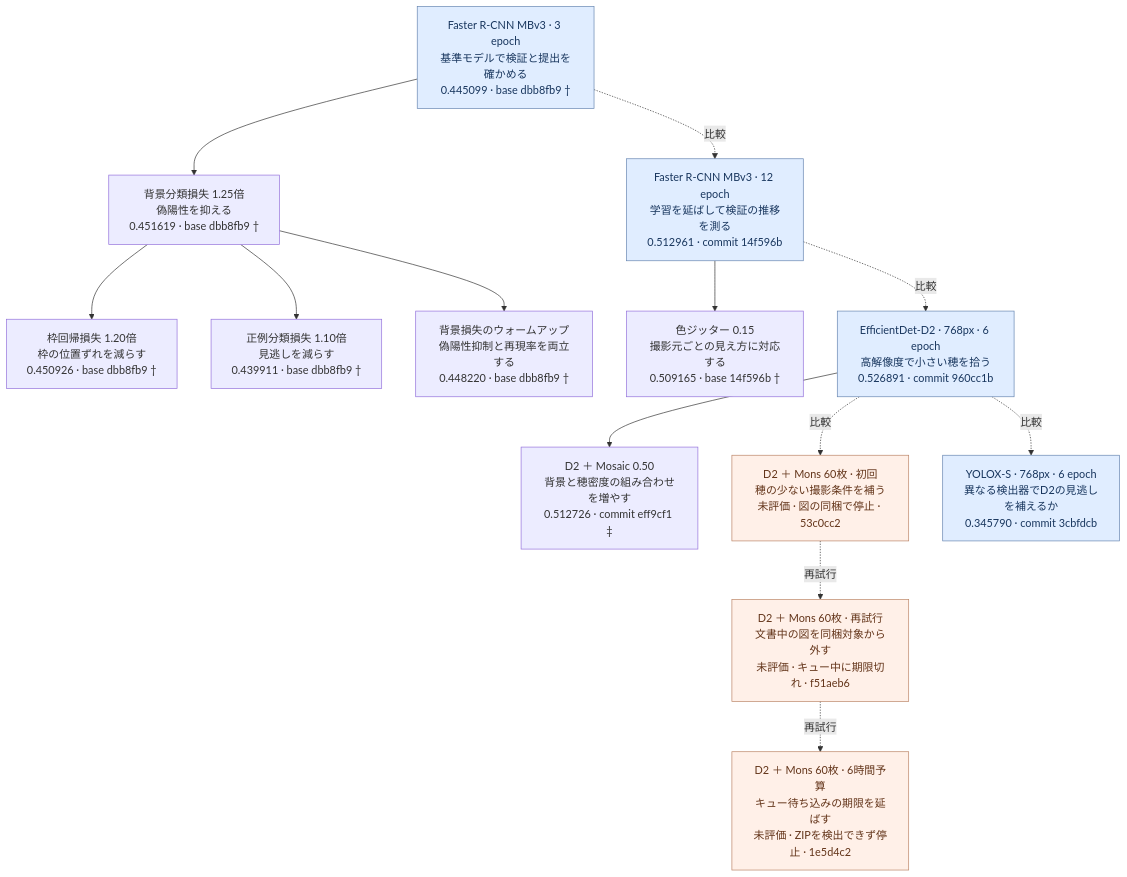
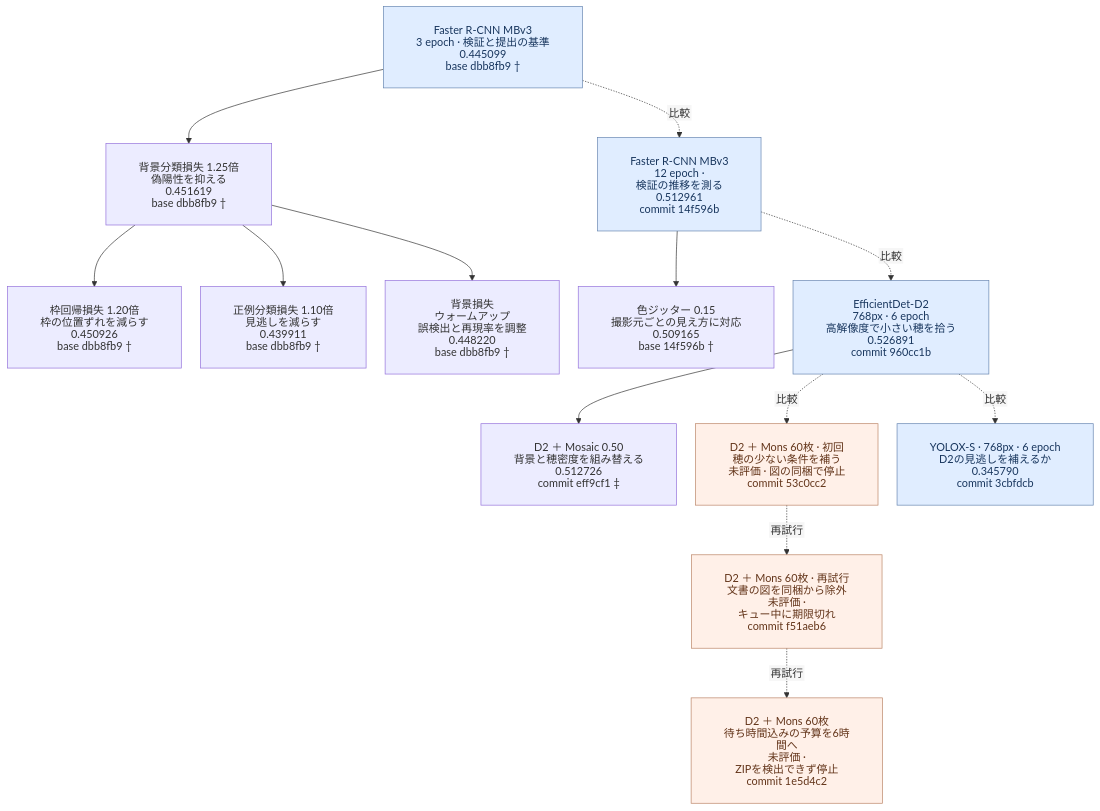
Before and after one commit to Yutarotaro/kaggle-global-wheat-detection: the first of 3 diagrams in docs/experiment-lineage.md, drawn with Mermaid. The commit also changed other lines of this file, not shown here.

Commit message:
docs: 実験系譜のMermaidラベルがはみ出すのを直す

````diff
--- a/docs/experiment-lineage.md
+++ b/docs/experiment-lineage.md
@@ -13,34 +13,35 @@
 ```mermaid
+%%{init: {"htmlLabels": false, "flowchart": {"padding": 24, "nodeSpacing": 28}}}%%
 flowchart TB
-    B3["Faster R-CNN MBv3 · 3 epoch<br/>基準モデルで検証と提出を確かめる<br/>0.445099 · base dbb8fb9 †"]
-    BG["背景分類損失 1.25倍<br/>偽陽性を抑える<br/>0.451619 · base dbb8fb9 †"]
-    BOX["枠回帰損失 1.20倍<br/>枠の位置ずれを減らす<br/>0.450926 · base dbb8fb9 †"]
-    POS["正例分類損失 1.10倍<br/>見逃しを減らす<br/>0.439911 · base dbb8fb9 †"]
-    WARM["背景損失のウォームアップ<br/>偽陽性抑制と再現率を両立する<br/>0.448220 · base dbb8fb9 †"]
-    B12["Faster R-CNN MBv3 · 12 epoch<br/>学習を延ばして検証の推移を測る<br/>0.512961 · commit 14f596b"]
-    COLOR["色ジッター 0.15<br/>撮影元ごとの見え方に対応する<br/>0.509165 · base 14f596b †"]
-    D2["EfficientDet-D2 · 768px · 6 epoch<br/>高解像度で小さい穂を拾う<br/>0.526891 · commit 960cc1b"]
-    MOS["D2 ＋ Mosaic 0.50<br/>背景と穂密度の組み合わせを増やす<br/>0.512726 · commit eff9cf1 ‡"]
-    MON1["D2 ＋ Mons 60枚 · 初回<br/>穂の少ない撮影条件を補う<br/>未評価 · 図の同梱で停止 · 53c0cc2"]
-    MON2["D2 ＋ Mons 60枚 · 再試行<br/>文書中の図を同梱対象から外す<br/>未評価 · キュー中に期限切れ · f51aeb6"]
-    MON3["D2 ＋ Mons 60枚 · 6時間予算<br/>キュー待ち込みの期限を延ばす<br/>未評価 · ZIPを検出できず停止 · 1e5d4c2"]
-    Y["YOLOX-S · 768px · 6 epoch<br/>異なる検出器でD2の見逃しを補えるか<br/>0.345790 · commit 3cbfdcb"]
+    B3["Faster R-CNN MBv3<br/>3 epoch · 検証と提出の基準<br/>0.445099<br/>base dbb8fb9 †"]
+    BG["背景分類損失 1.25倍<br/>偽陽性を抑える<br/>0.451619<br/>base dbb8fb9 †"]
+    BOX["枠回帰損失 1.20倍<br/>枠の位置ずれを減らす<br/>0.450926<br/>base dbb8fb9 †"]
+    POS["正例分類損失 1.10倍<br/>見逃しを減らす<br/>0.439911<br/>base dbb8fb9 †"]
+    WARM["背景損失<br/>ウォームアップ<br/>誤検出と再現率を調整<br/>0.448220<br/>base dbb8fb9 †"]
+    B12["Faster R-CNN MBv3<br/>12 epoch · 検証の推移を測る<br/>0.512961<br/>commit 14f596b"]
+    COLOR["色ジッター 0.15<br/>撮影元ごとの見え方に対応<br/>0.509165<br/>base 14f596b †"]
+    D2["EfficientDet-D2<br/>768px · 6 epoch<br/>高解像度で小さい穂を拾う<br/>0.526891<br/>commit 960cc1b"]
+    MOS["D2 ＋ Mosaic 0.50<br/>背景と穂密度を組み替える<br/>0.512726<br/>commit eff9cf1 ‡"]
+    MON1["D2 ＋ Mons 60枚 · 初回<br/>穂の少ない条件を補う<br/>未評価 · 図の同梱で停止<br/>commit 53c0cc2"]
+    MON2["D2 ＋ Mons 60枚 · 再試行<br/>文書の図を同梱から除外<br/>未評価 · キュー中に期限切れ<br/>commit f51aeb6"]
+    MON3["D2 ＋ Mons 60枚<br/>待ち時間込みの予算を6時間へ<br/>未評価 · ZIPを検出できず停止<br/>commit 1e5d4c2"]
+    Y["YOLOX-S · 768px · 6 epoch<br/>D2の見逃しを補えるか<br/>0.345790<br/>commit 3cbfdcb"]
 
     B3 --> BG
     BG --> BOX
     BG --> POS
     BG --> WARM
     B3 -. 比較 .-> B12
     B12 --> COLOR
     B12 -. 比較 .-> D2
     D2 --> MOS
     D2 -. 比較 .-> MON1
     MON1 -. 再試行 .-> MON2
     MON2 -. 再試行 .-> MON3
     D2 -. 比較 .-> Y
 
     classDef reference fill:#e0edff,color:#18365e,stroke:#6685b0
     classDef unscored fill:#fff0e8,color:#633419,stroke:#bb8466
     class B3,B12,D2,Y reference
     class MON1,MON2,MON3 unscored
 ```
````
